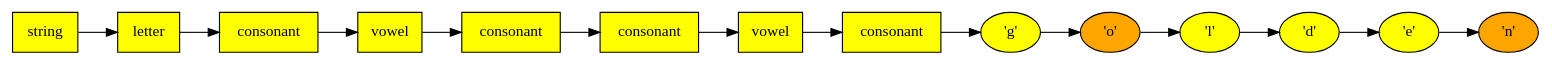
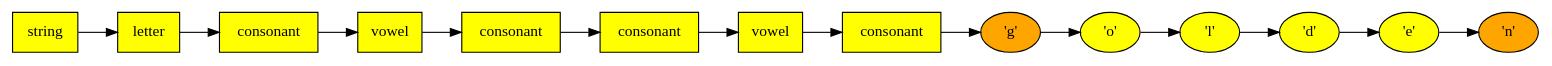
One commit to svarin92/evoGo changed the diagram in best_ever.dot. Above: the diagram before and after it, drawn with Graphviz. The commit also changed 1 other file, not shown here.

```diff
--- a/best_ever.dot
+++ b/best_ever.dot
@@ -1,30 +1,30 @@
 digraph Derivation {
                 rankdir=LR;
                 node [shape=box, style=filled, fillcolor=lightblue];  1 [label="string", shape=box, style=filled, fillcolor=lightblue, fillcolor=yellow];
   2 [label="letter", shape=box, style=filled, fillcolor=lightblue, fillcolor=yellow];
   3 [label="consonant", shape=box, style=filled, fillcolor=lightblue, fillcolor=yellow];
   4 [label="vowel", shape=box, style=filled, fillcolor=lightblue, fillcolor=yellow];
   5 [label="consonant", shape=box, style=filled, fillcolor=lightblue, fillcolor=yellow];
   6 [label="consonant", shape=box, style=filled, fillcolor=lightblue, fillcolor=yellow];
   7 [label="vowel", shape=box, style=filled, fillcolor=lightblue, fillcolor=yellow];
   8 [label="consonant", shape=box, style=filled, fillcolor=lightblue, fillcolor=yellow];
-  9 [label="'g'", shape=ellipse, style=filled, fillcolor=lightgreen, fillcolor=yellow];
-  10 [label="'o'", shape=ellipse, style=filled, fillcolor=lightgreen, fillcolor=orange];
+  9 [label="'g'", shape=ellipse, style=filled, fillcolor=lightgreen, fillcolor=orange];
+  10 [label="'o'", shape=ellipse, style=filled, fillcolor=lightgreen, fillcolor=yellow];
   11 [label="'l'", shape=ellipse, style=filled, fillcolor=lightgreen, fillcolor=yellow];
   12 [label="'d'", shape=ellipse, style=filled, fillcolor=lightgreen, fillcolor=yellow];
   13 [label="'e'", shape=ellipse, style=filled, fillcolor=lightgreen, fillcolor=yellow];
   14 [label="'n'", shape=ellipse, style=filled, fillcolor=lightgreen, fillcolor=orange];
   1 -> 2;
   2 -> 3;
   3 -> 4;
   4 -> 5;
   5 -> 6;
   6 -> 7;
   7 -> 8;
   8 -> 9;
   9 -> 10;
   10 -> 11;
   11 -> 12;
   12 -> 13;
   13 -> 14;
 }
```
